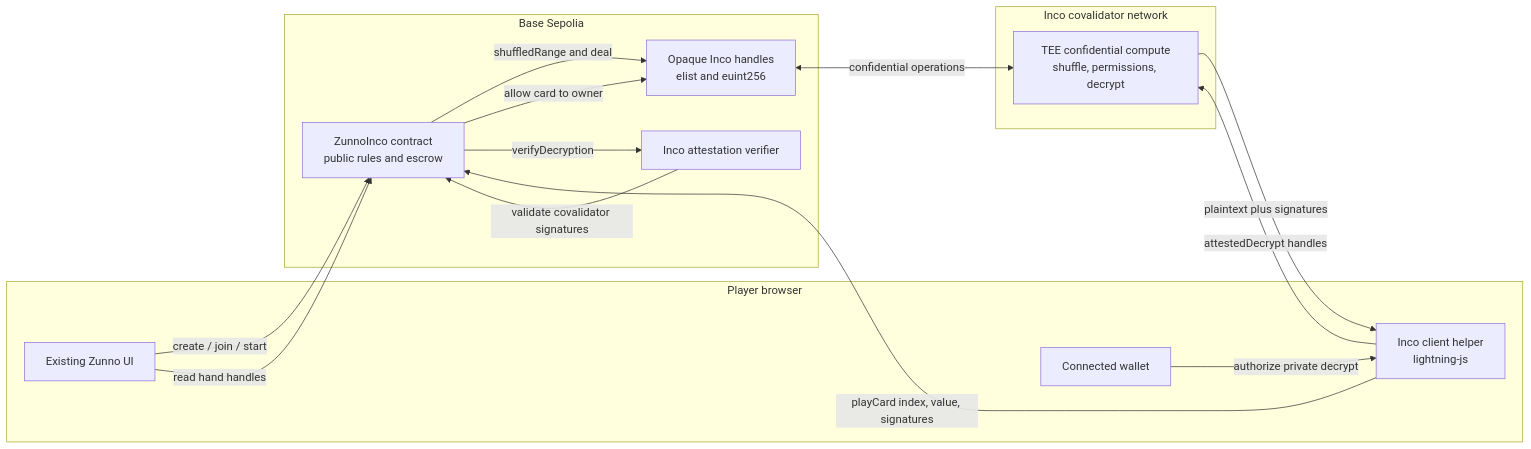
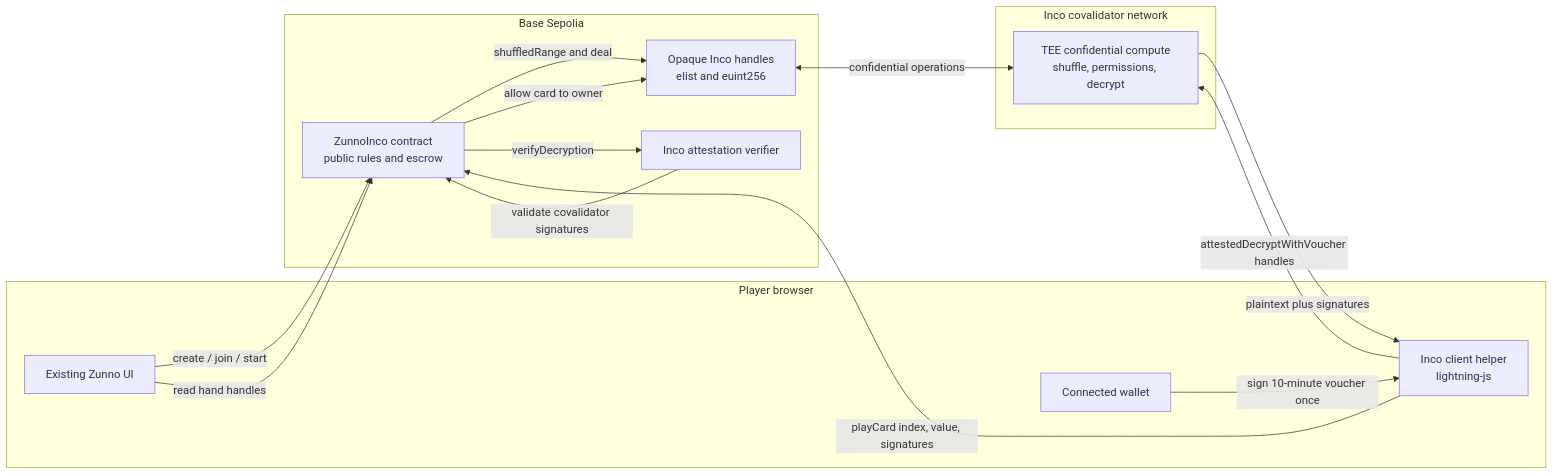
One commit to ayush4345/zunno-inco changed the first of 2 diagrams in docs/INCO_INTEGRATION.md. Above: the diagram before and after it, drawn with Mermaid. The commit also changed other lines of this file and 2 other files, not shown here.

Commit message:
feat(client): reuse Inco hand decrypt session

````diff
--- a/docs/INCO_INTEGRATION.md
+++ b/docs/INCO_INTEGRATION.md
@@ -23,30 +23,30 @@
 ```mermaid
 flowchart LR
     subgraph Browser[Player browser]
         UI[Existing Zunno UI]
         SDK[Inco client helper<br/>lightning-js]
         Wallet[Connected wallet]
     end
 
     subgraph Base[Base Sepolia]
         Game[ZunnoInco contract<br/>public rules and escrow]
         Handles[Opaque Inco handles<br/>elist and euint256]
         Verify[Inco attestation verifier]
     end
 
     subgraph Inco[Inco covalidator network]
         TEE[TEE confidential compute<br/>shuffle, permissions, decrypt]
     end
 
     UI -->|create / join / start| Game
     Game -->|shuffledRange and deal| Handles
     Handles <-->|confidential operations| TEE
     Game -->|allow card to owner| Handles
     UI -->|read hand handles| Game
-    Wallet -->|authorize private decrypt| SDK
-    SDK -->|attestedDecrypt handles| TEE
+    Wallet -->|sign 10-minute voucher once| SDK
+    SDK -->|attestedDecryptWithVoucher handles| TEE
     TEE -->|plaintext plus signatures| SDK
     SDK -->|playCard index, value, signatures| Game
     Game -->|verifyDecryption| Verify
     Verify -->|validate covalidator signatures| Game
 ```
````
